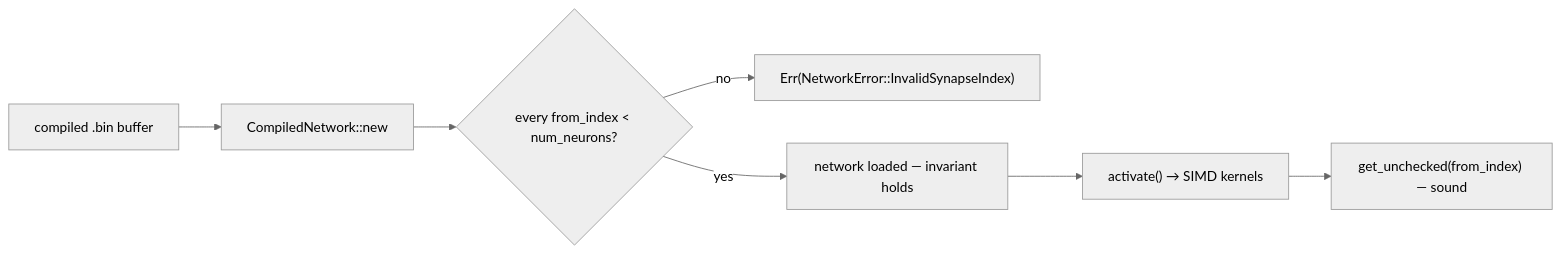
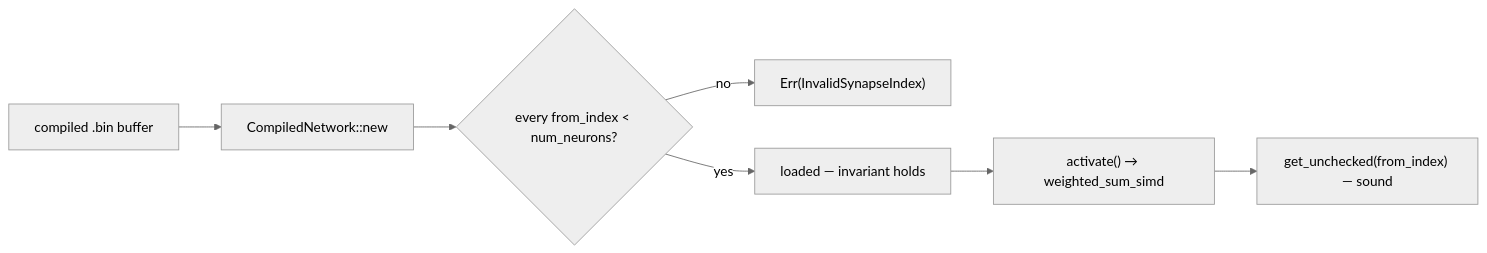
The diagram in docs/archive/pr-summaries/pr-summary-259.md (stSoftwareAU/NEAT-AI-core), drawn with Mermaid (neutral theme) before and after one commit. The commit also changed other lines of this file and 9 other files, not shown here.

````diff
--- a/docs/archive/pr-summaries/pr-summary-259.md
+++ b/docs/archive/pr-summaries/pr-summary-259.md
@@ -36,9 +46,9 @@
 ```mermaid
 flowchart LR
     A[compiled .bin buffer] --> B["CompiledNetwork::new"]
     B --> C{"every from_index &lt; num_neurons?"}
-    C -- no --> D["Err(NetworkError::InvalidSynapseIndex)"]
-    C -- yes --> E["network loaded — invariant holds"]
-    E --> F["activate() → SIMD kernels"]
+    C -- no --> D["Err(InvalidSynapseIndex)"]
+    C -- yes --> E["loaded — invariant holds"]
+    E --> F["activate() → weighted_sum_simd"]
     F --> G["get_unchecked(from_index) — sound"]
 ```
````
